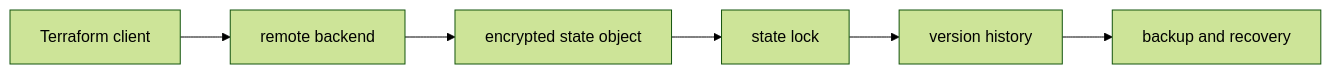
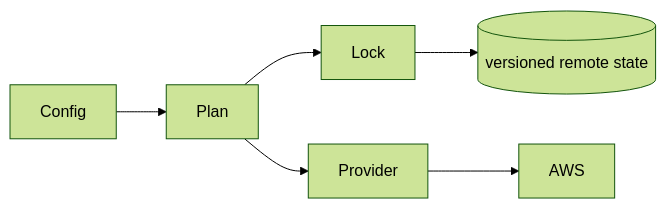
One commit to m1mohamad/devops-sre-prep changed the diagram in docs/study/iac/02-terraform-state-and-backends.md. Above: the diagram before and after it, drawn with Mermaid (forest theme). The commit also changed other lines of this file and 106 other files, not shown here.

````diff
--- a/docs/study/iac/02-terraform-state-and-backends.md
+++ b/docs/study/iac/02-terraform-state-and-backends.md
@@ -15,4 +19,5 @@
 ```mermaid
 flowchart LR
-  N0[Terraform client] --> N1[remote backend] --> N2[encrypted state object] --> N3[state lock] --> N4[version history] --> N5[backup and recovery]
+  Config --> Plan --> Lock --> State[(versioned remote state)]
+  Plan --> Provider --> AWS
 ```
````
